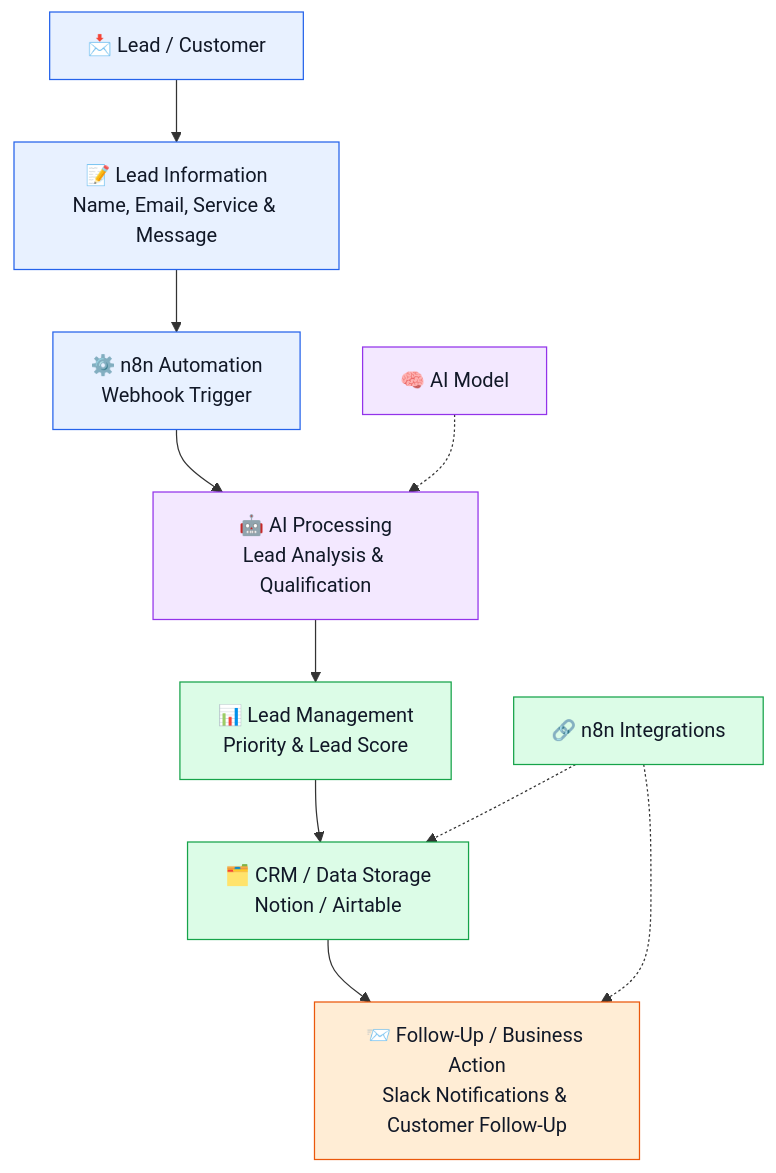
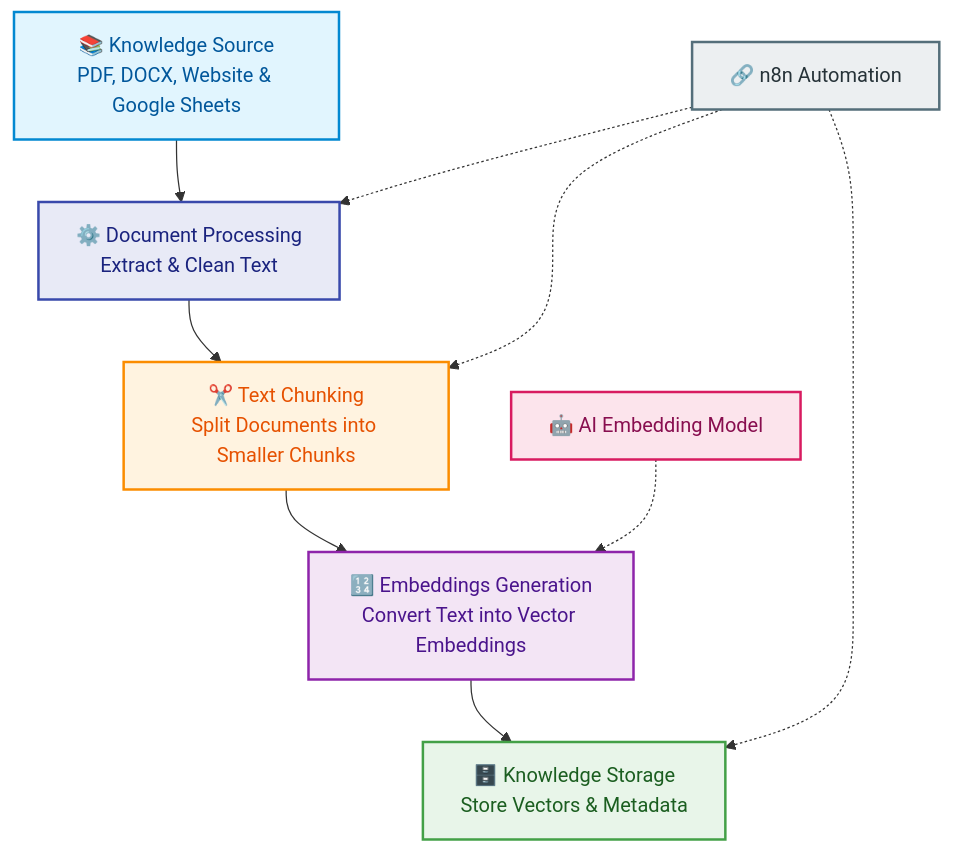
Before and after one commit to syedaliabbashamdani/ai-lead-management-crm: the diagram in README.md, drawn with Mermaid.

````diff
--- a/README.md
+++ b/README.md
@@ -35,23 +36,20 @@
 ```mermaid
 flowchart TD
-    A["📩 Lead / Customer"] --> B["📝 Lead Information<br/>Name, Email, Service & Message"]
-    B --> C["⚙️ n8n Automation<br/>Webhook Trigger"]
-    C --> D["🤖 AI Processing<br/>Lead Analysis & Qualification"]
-    D --> E["📊 Lead Management<br/>Priority & Lead Score"]
-    E --> F["🗂️ CRM / Data Storage<br/>Notion / Airtable"]
-    F --> G["📨 Follow-Up / Business Action<br/>Slack Notifications & Customer Follow-Up"]
+    A["📚 Knowledge Source<br/>PDF, DOCX, Website & Google Sheets"] --> B["⚙️ Document Processing<br/>Extract & Clean Text"]
+    B --> C["✂️ Text Chunking<br/>Split Documents into Smaller Chunks"]
+    C --> D["🔢 Embeddings Generation<br/>Convert Text into Vector Embeddings"]
+    D --> E["🗄️ Knowledge Storage<br/>Store Vectors & Metadata"]
 
-    H["🧠 AI Model"] -.-> D
-    I["🔗 n8n Integrations"] -.-> F
-    I -.-> G
+    F["🤖 AI Embedding Model"] -.-> D
+    G["🔗 n8n Automation"] -.-> B
+    G -.-> C
+    G -.-> E
 
-    classDef process fill:#e8f1ff,stroke:#2563eb,stroke-width:1px,color:#111827
-    classDef ai fill:#f3e8ff,stroke:#9333ea,stroke-width:1px,color:#111827
-    classDef storage fill:#dcfce7,stroke:#16a34a,stroke-width:1px,color:#111827
-    classDef action fill:#ffedd5,stroke:#ea580c,stroke-width:1px,color:#111827
-
-    class A,B,C process
-    class D,H ai
-    class E,F,I storage
-    class G action
+    style A fill:#E1F5FE,stroke:#0288D1,stroke-width:2px,color:#01579B
+    style B fill:#E8EAF6,stroke:#3949AB,stroke-width:2px,color:#1A237E
+    style C fill:#FFF3E0,stroke:#FB8C00,stroke-width:2px,color:#E65100
+    style D fill:#F3E5F5,stroke:#8E24AA,stroke-width:2px,color:#4A148C
+    style E fill:#E8F5E9,stroke:#43A047,stroke-width:2px,color:#1B5E20
+    style F fill:#FCE4EC,stroke:#D81B60,stroke-width:2px,color:#880E4F
+    style G fill:#ECEFF1,stroke:#546E7A,stroke-width:2px,color:#263238
 ```
````
